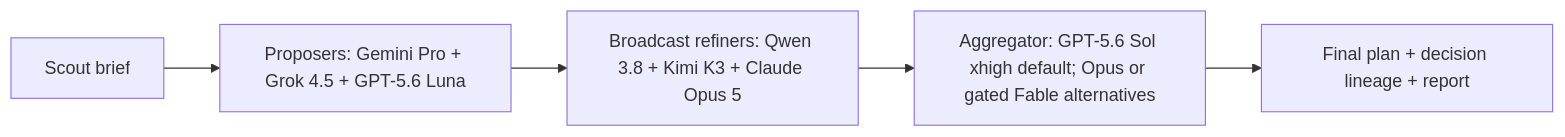
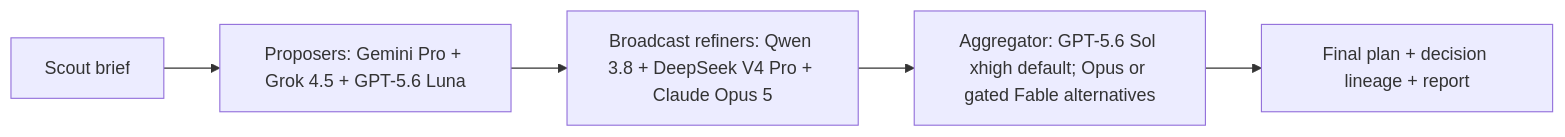
One commit to drivelineresearch/moa-x changed the diagram in docs/architecture.md. Above: the diagram before and after it, drawn with Mermaid. The commit also changed other lines of this file and 27 other files, not shown here.

Commit message:
Disable Kimi and promote DeepSeek refinement

````diff
--- a/docs/architecture.md
+++ b/docs/architecture.md
@@ -7,7 +7,7 @@
 ```mermaid
 flowchart LR
   S["Scout brief"] --> P["Proposers: Gemini Pro + Grok 4.5 + GPT-5.6 Luna"]
-  P --> R["Broadcast refiners: Qwen 3.8 + Kimi K3 + Claude Opus 5"]
+  P --> R["Broadcast refiners: Qwen 3.8 + DeepSeek V4 Pro + Claude Opus 5"]
   R --> A["Aggregator: GPT-5.6 Sol xhigh default; Opus or gated Fable alternatives"]
   A --> O["Final plan + decision lineage + report"]
 ```
````
